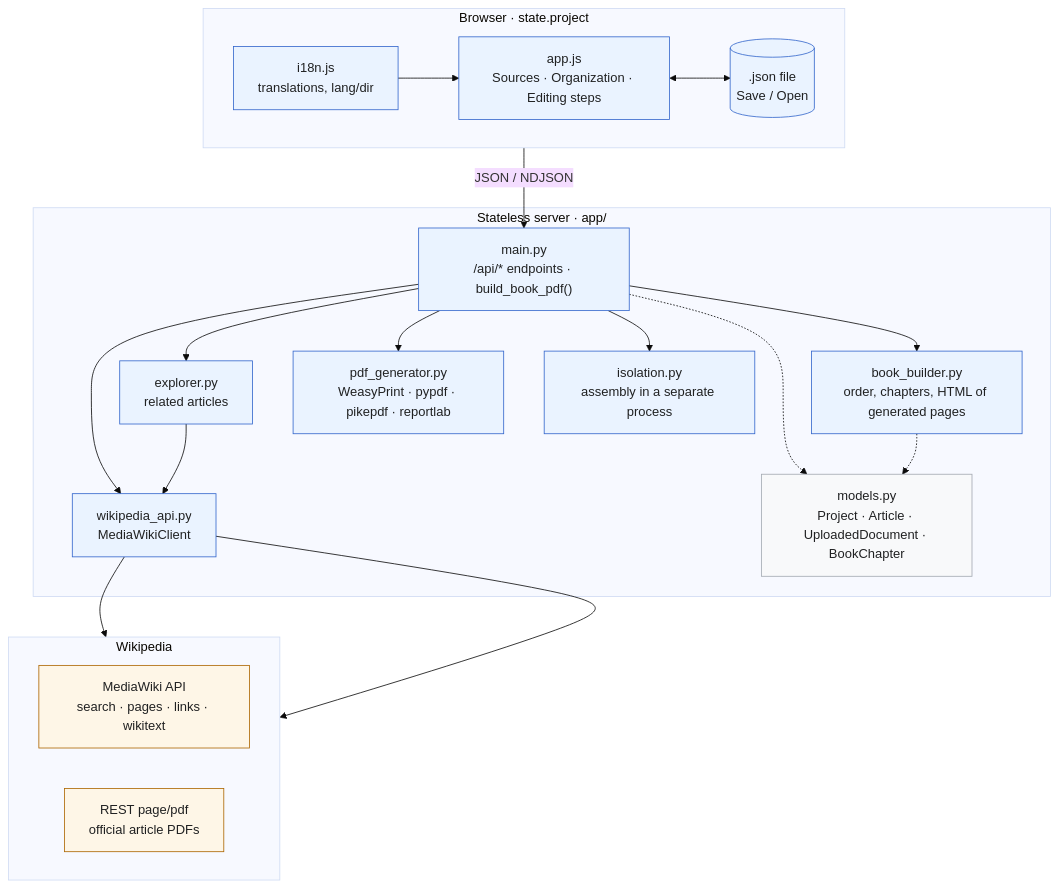
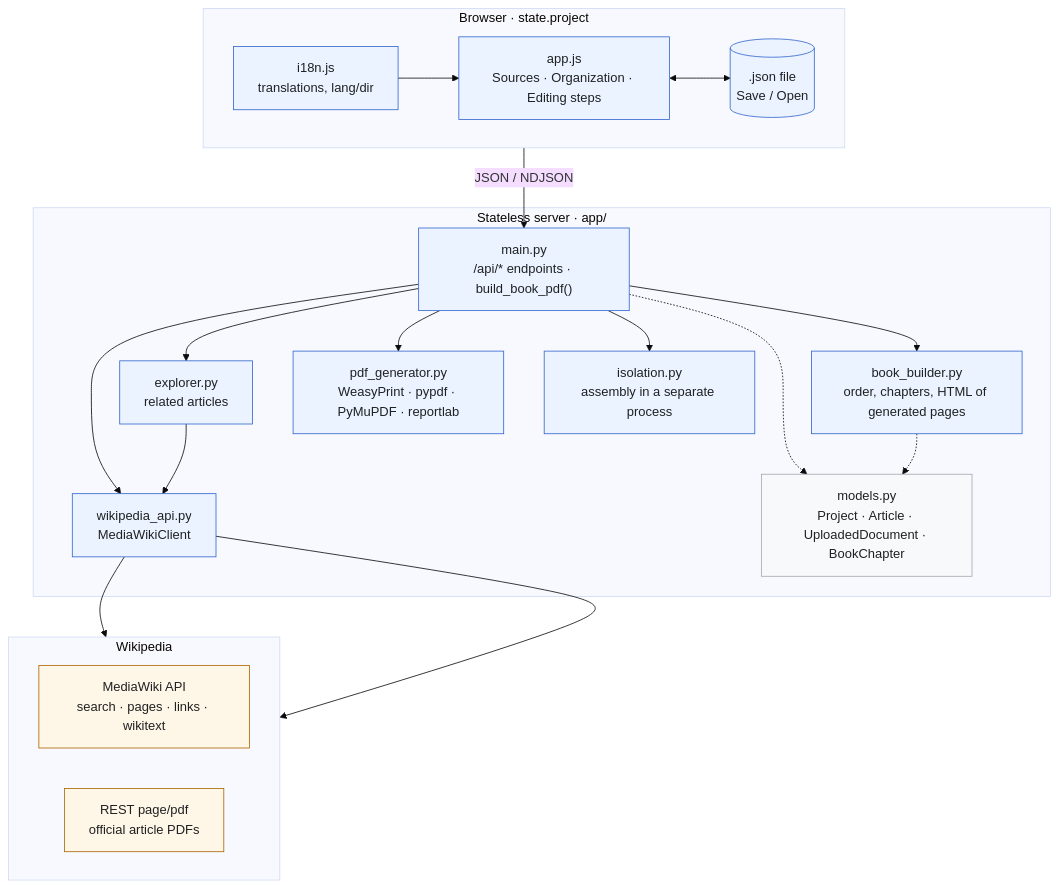
One commit to gmoulard/wikipedia2book changed the first of 2 diagrams in docs/SPECIFICATIONS.en.md. Above: the diagram before and after it, drawn with Mermaid (base theme). The commit also changed other lines of this file and 12 other files, not shown here.

````diff
--- a/docs/SPECIFICATIONS.en.md
+++ b/docs/SPECIFICATIONS.en.md
@@ -910,46 +912,46 @@
 ```mermaid
 flowchart TB
     subgraph Browser["Browser · state.project"]
         direction LR
         I18N["i18n.js<br/>translations, lang/dir"]
         APP["app.js<br/>Sources · Organization · Editing steps"]
         FILE[(".json file<br/>Save / Open")]
         I18N --> APP
         APP <--> FILE
     end
 
     subgraph Server["Stateless server · app/"]
         MAIN["main.py<br/>/api/* endpoints · build_book_pdf()"]
         EXPL["explorer.py<br/>related articles"]
         BB["book_builder.py<br/>order, chapters, HTML of generated pages"]
-        PDFG["pdf_generator.py<br/>WeasyPrint · pypdf · pikepdf · reportlab"]
+        PDFG["pdf_generator.py<br/>WeasyPrint · pypdf · PyMuPDF · reportlab"]
         WAPI["wikipedia_api.py<br/>MediaWikiClient"]
         MODELS["models.py<br/>Project · Article · UploadedDocument · BookChapter"]
         MAIN --> EXPL
         MAIN --> BB
         ISO["isolation.py<br/>assembly in a separate process"]
         MAIN --> ISO
         MAIN --> PDFG
         MAIN --> WAPI
         EXPL --> WAPI
     end
 
     subgraph Wikipedia["Wikipedia"]
         direction LR
         MW["MediaWiki API<br/>search · pages · links · wikitext"]
         REST["REST page/pdf<br/>official article PDFs"]
     end
 
     APP -- "JSON / NDJSON" --> MAIN
     WAPI --> MW
     WAPI --> REST
     MAIN -.-> MODELS
     BB -.-> MODELS
 
     classDef app fill:#eaf3ff,stroke:#3366cc,color:#202122
     classDef wiki fill:#fef6e7,stroke:#ac6600,color:#202122
     classDef shared fill:#f8f9fa,stroke:#a2a9b1,color:#202122
     class I18N,APP,FILE,MAIN,EXPL,BB,PDFG,WAPI,ISO app
     class MW,REST wiki
     class MODELS shared
 ```
````
